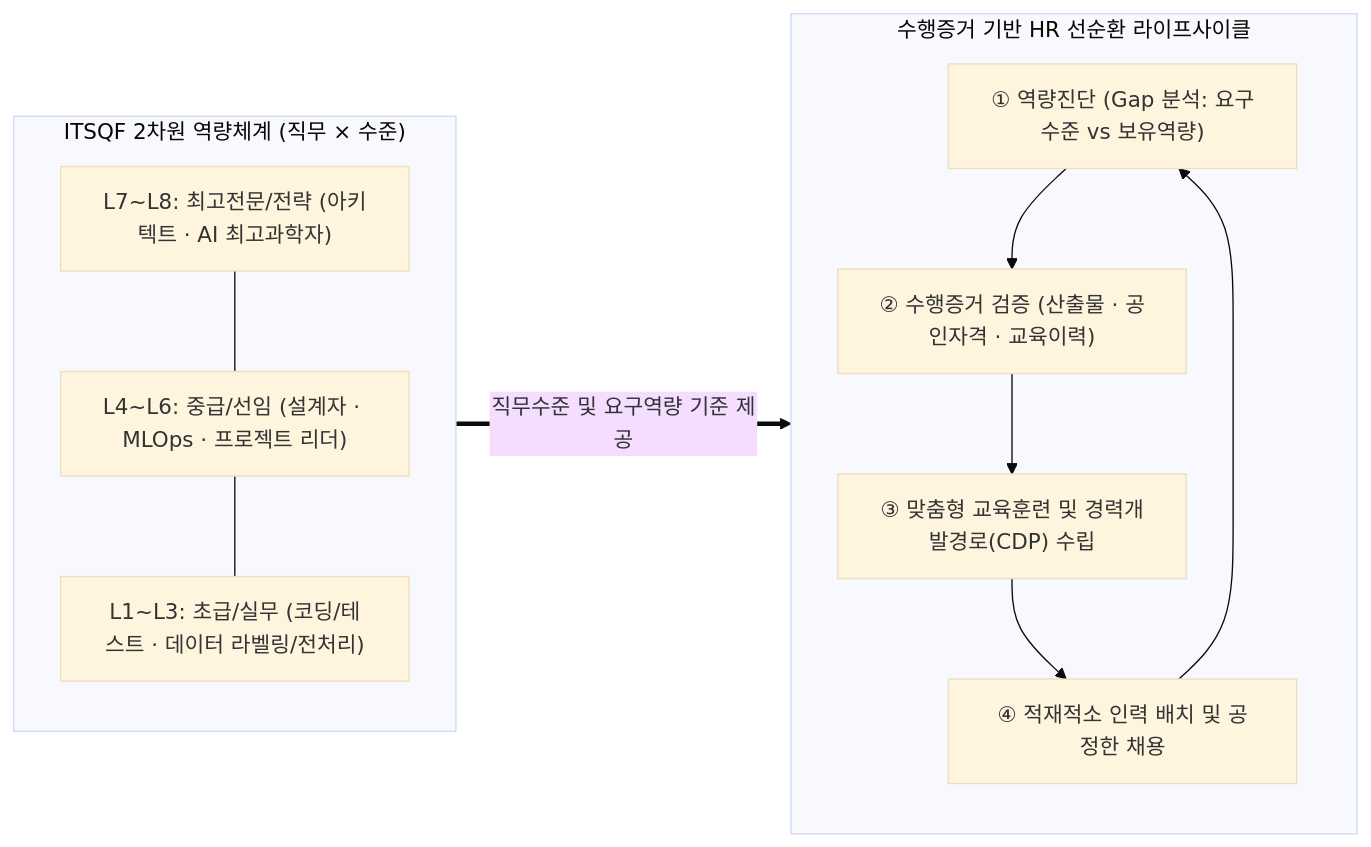
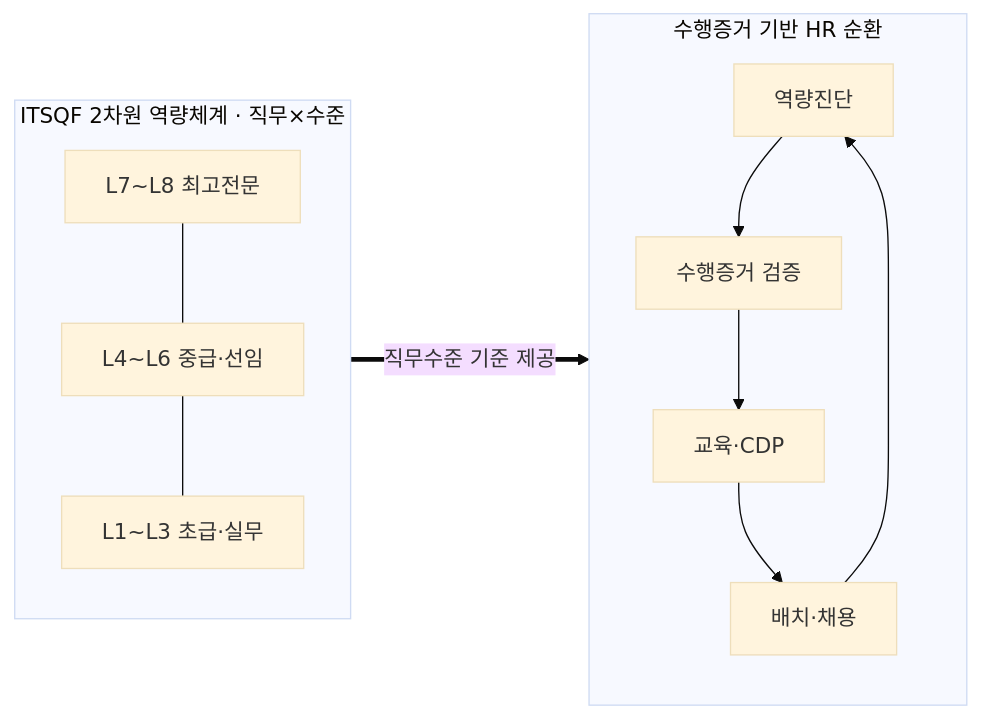
Before and after one commit to agnusdei1207/study: the first of 3 diagrams in src/content/docs/notes/itpe/01-it-strategy/087_it_job_competency_system.md, drawn with Mermaid (base theme). The commit also changed other lines of this file and 18 other files, not shown here.

````diff
--- a/src/content/docs/notes/itpe/01-it-strategy/087_it_job_competency_system.md
+++ b/src/content/docs/notes/itpe/01-it-strategy/087_it_job_competency_system.md
@@ -57,21 +58,17 @@
 ```mermaid
 flowchart LR
-    subgraph MATRIX["ITSQF 2차원 역량체계 (직무 × 수준)"]
+    subgraph MATRIX["ITSQF 2차원 역량체계 · 직무×수준"]
         direction TB
-        L78["L7~L8: 최고전문/전략 (아키텍트 · AI 최고과학자)"]
-        L46["L4~L6: 중급/선임 (설계자 · MLOps · 프로젝트 리더)"]
-        L13["L1~L3: 초급/실무 (코딩/테스트 · 데이터 라벨링/전처리)"]
+        L78["L7~L8 최고전문"]
+        L46["L4~L6 중급·선임"]
+        L13["L1~L3 초급·실무"]
         L78 --- L46 --- L13
     end
 
-    subgraph HR["수행증거 기반 HR 선순환 라이프사이클"]
+    subgraph HR["수행증거 기반 HR 순환"]
         direction TB
-        H1["① 역량진단 (Gap 분석: 요구수준 vs 보유역량)"]
-        H2["② 수행증거 검증 (산출물 · 공인자격 · 교육이력)"]
-        H3["③ 맞춤형 교육훈련 및 경력개발경로(CDP) 수립"]
-        H4["④ 적재적소 인력 배치 및 공정한 채용"]
-        H1 --> H2 --> H3 --> H4 --> H1
+        H1["역량진단"] --> H2["수행증거 검증"] --> H3["교육·CDP"] --> H4["배치·채용"] --> H1
     end
 
-    MATRIX ==>|직무수준 및 요구역량 기준 제공| HR
+    MATRIX ==>|직무수준 기준 제공| HR
 ```
````
